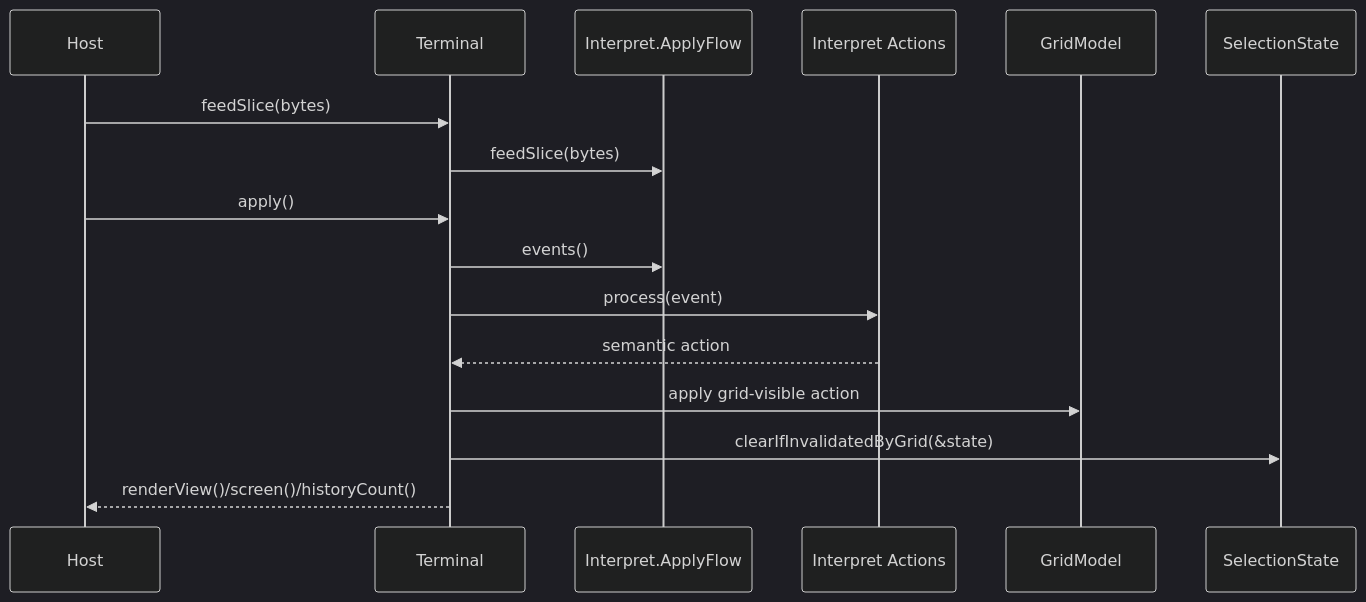
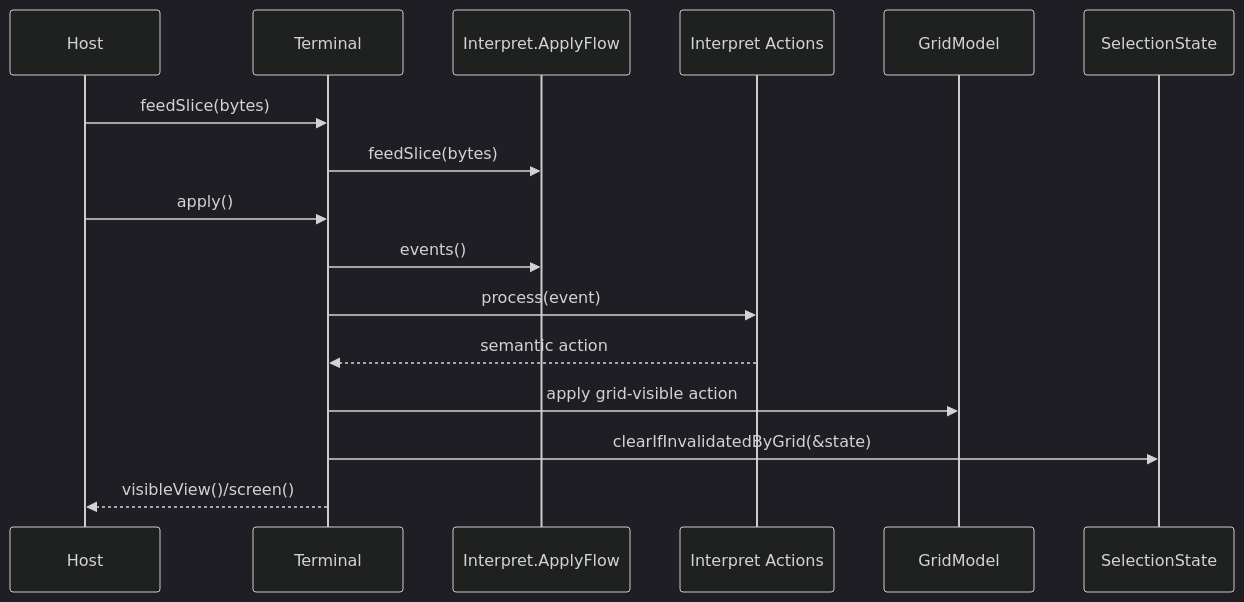
Before and after one commit to LaurenceGuws/howl-vt: the third of 4 diagrams in design.md, drawn with Mermaid (dark theme). The commit also changed 1 other file, not shown here.

Commit message:
vt: polish sprint docs

````diff
--- a/design.md
+++ b/design.md
@@ -87,19 +87,19 @@
 ```mermaid
 sequenceDiagram
     participant Host
     participant V as Terminal
     participant F as Interpret.ApplyFlow
     participant A as Interpret Actions
     participant G as GridModel
     participant S as SelectionState
 
     Host->>V: feedSlice(bytes)
     V->>F: feedSlice(bytes)
     Host->>V: apply()
     V->>F: events()
     V->>A: process(event)
     A-->>V: semantic action
     V->>G: apply grid-visible action
     V->>S: clearIfInvalidatedByGrid(&state)
-    V-->>Host: renderView()/screen()/historyCount()
+    V-->>Host: visibleView()/screen()
 ```
````
